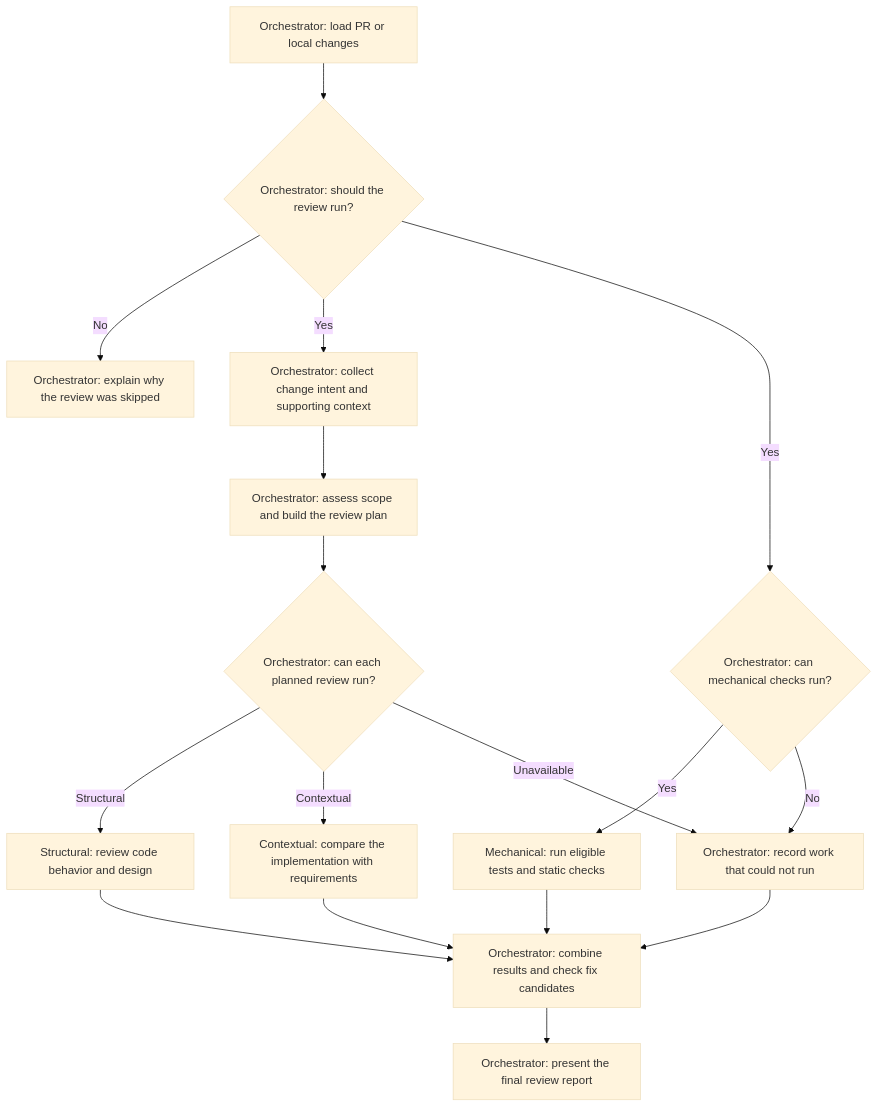
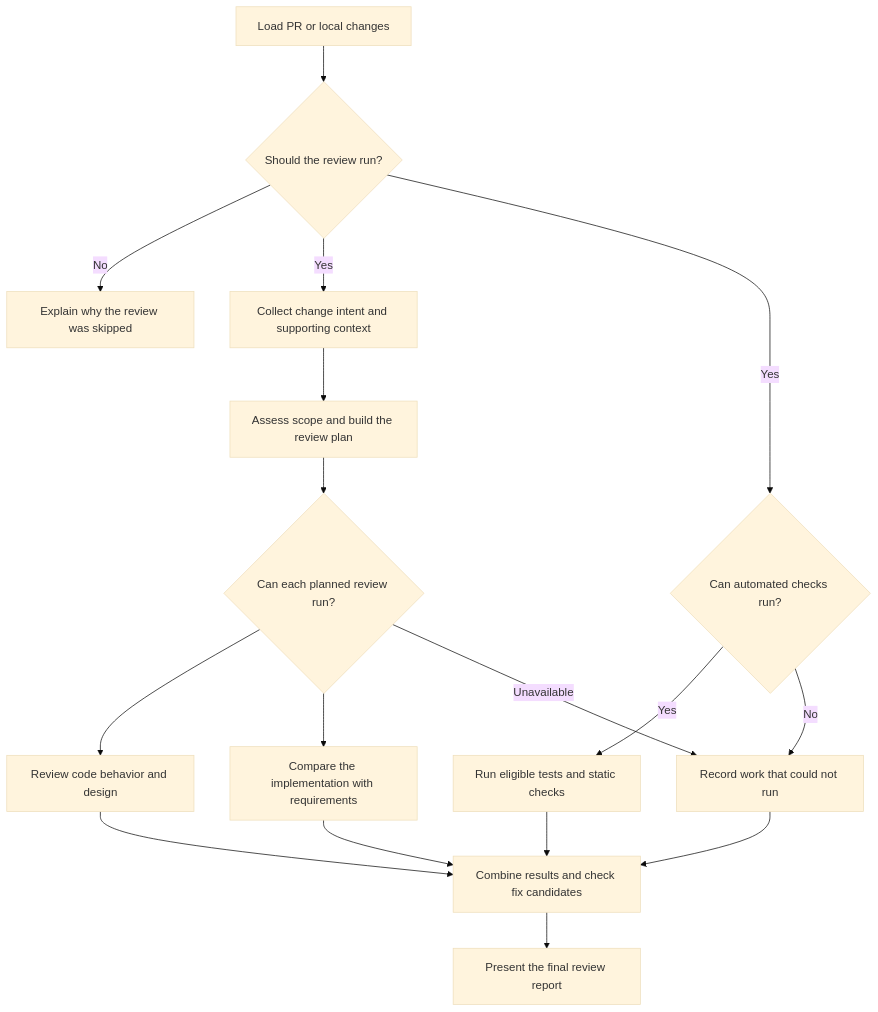
One commit to takuto-san/review changed the diagram in README.md. Above: the diagram before and after it, drawn with Mermaid (base theme).

Commit message:
Clarify review workflow diagram

````diff
--- a/README.md
+++ b/README.md
@@ -58,19 +58,19 @@
 ```mermaid
 flowchart TD
-    A[Orchestrator: load PR or local changes] --> B{Orchestrator: should the review run?}
-    B -->|No| X[Orchestrator: explain why the review was skipped]
-    B -->|Yes| C[Orchestrator: collect change intent and supporting context]
-    B -->|Yes| E{Orchestrator: can mechanical checks run?}
-    E -->|Yes| M[Mechanical: run eligible tests and static checks]
-    E -->|No| U[Orchestrator: record work that could not run]
-    C --> P[Orchestrator: assess scope and build the review plan]
-    P --> L{Orchestrator: can each planned review run?}
-    L -->|Structural| S[Structural: review code behavior and design]
-    L -->|Contextual| T[Contextual: compare the implementation with requirements]
+    A[Load PR or local changes] --> B{Should the review run?}
+    B -->|No| X[Explain why the review was skipped]
+    B -->|Yes| C[Collect change intent and supporting context]
+    B -->|Yes| E{Can automated checks run?}
+    E -->|Yes| M[Run eligible tests and static checks]
+    E -->|No| U[Record work that could not run]
+    C --> P[Assess scope and build the review plan]
+    P --> L{Can each planned review run?}
+    L --> S[Review code behavior and design]
+    L --> T[Compare the implementation with requirements]
     L -->|Unavailable| U
-    M --> V[Orchestrator: combine results and check fix candidates]
+    M --> V[Combine results and check fix candidates]
     S --> V
     T --> V
     U --> V
-    V --> R[Orchestrator: present the final review report]
+    V --> R[Present the final review report]
 ```
````
